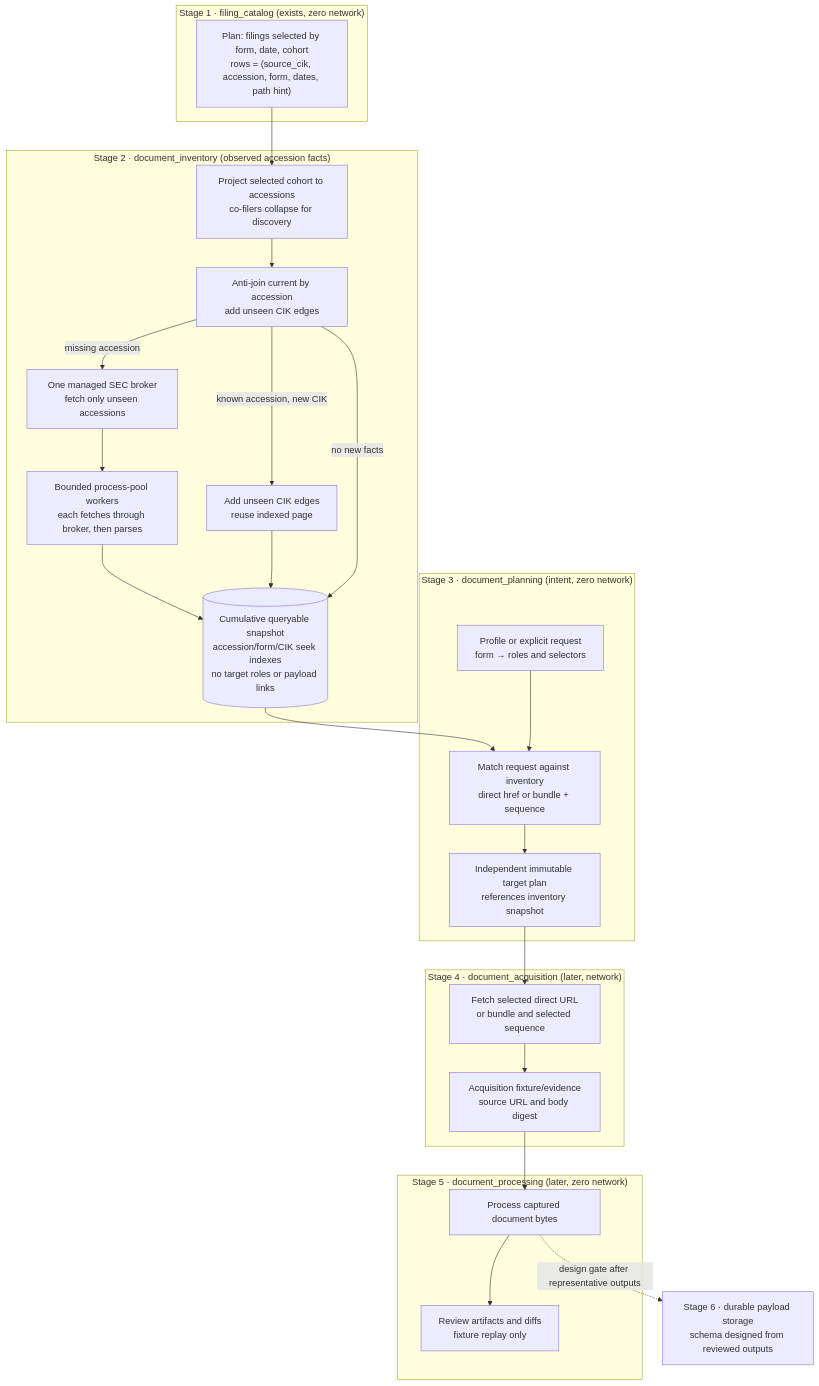
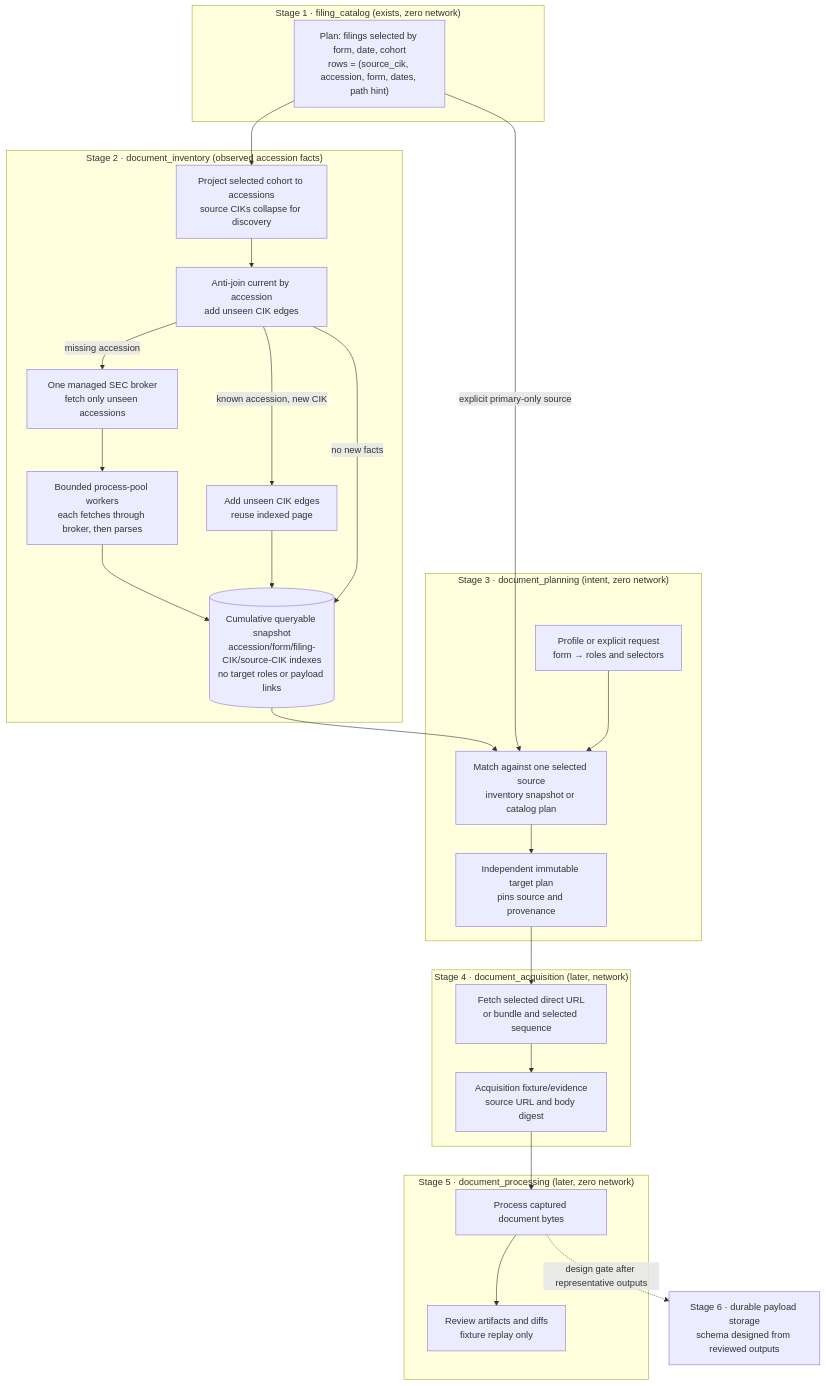
One commit to DerivedFunction01/edgar-sec changed the diagram in roadmap/accession_document_flow/design.md. Above: the diagram before and after it, drawn with Mermaid. The commit also changed other lines of this file and 23 other files, not shown here.

````diff
--- a/roadmap/accession_document_flow/design.md
+++ b/roadmap/accession_document_flow/design.md
@@ -50,41 +54,42 @@
 ```mermaid
 flowchart TD
     subgraph S1["Stage 1 · filing_catalog (exists, zero network)"]
         CAT["Plan: filings selected by form, date, cohort<br/>rows = (source_cik, accession, form, dates, path hint)"]
     end
 
     subgraph S2["Stage 2 · document_inventory (observed accession facts)"]
-        GRP["Project selected cohort to accessions<br/>co-filers collapse for discovery"]
+        GRP["Project selected cohort to accessions<br/>source CIKs collapse for discovery"]
         ANTI["Anti-join current by accession<br/>add unseen CIK edges"]
         FETCH["One managed SEC broker<br/>fetch only unseen accessions"]
         PARSE["Bounded process-pool workers<br/>each fetches through broker, then parses"]
         EDGE["Add unseen CIK edges<br/>reuse indexed page"]
-        INVT[("Cumulative queryable snapshot<br/>accession/form/CIK seek indexes<br/>no target roles or payload links")]
+        INVT[("Cumulative queryable snapshot<br/>accession/form/filing-CIK/source-CIK indexes<br/>no target roles or payload links")]
     end
 
     subgraph S3["Stage 3 · document_planning (intent, zero network)"]
         RULES["Profile or explicit request<br/>form → roles and selectors"]
-        PLAN["Match request against inventory<br/>direct href or bundle + sequence"]
-        TARGET["Independent immutable target plan<br/>references inventory snapshot"]
+        PLAN["Match against one selected source<br/>inventory snapshot or catalog plan"]
+        TARGET["Independent immutable target plan<br/>pins source and provenance"]
     end
 
     subgraph S4["Stage 4 · document_acquisition (later, network)"]
         ACQ["Fetch selected direct URL<br/>or bundle and selected sequence"]
         FIX["Acquisition fixture/evidence<br/>source URL and body digest"]
     end
 
     subgraph S5["Stage 5 · document_processing (later, zero network)"]
         NORM["Process captured document bytes"]
         REVIEW["Review artifacts and diffs<br/>fixture replay only"]
     end
 
     STORE["Stage 6 · durable payload storage<br/>schema designed from reviewed outputs"]
 
     CAT --> GRP --> ANTI
     ANTI -->|missing accession| FETCH --> PARSE --> INVT
     ANTI -->|known accession, new CIK| EDGE --> INVT
     ANTI -->|no new facts| INVT
     INVT --> PLAN
+    CAT -->|explicit primary-only source| PLAN
     RULES --> PLAN --> TARGET --> ACQ --> FIX --> NORM --> REVIEW
     NORM -. "design gate after representative outputs" .-> STORE
 ```
````
